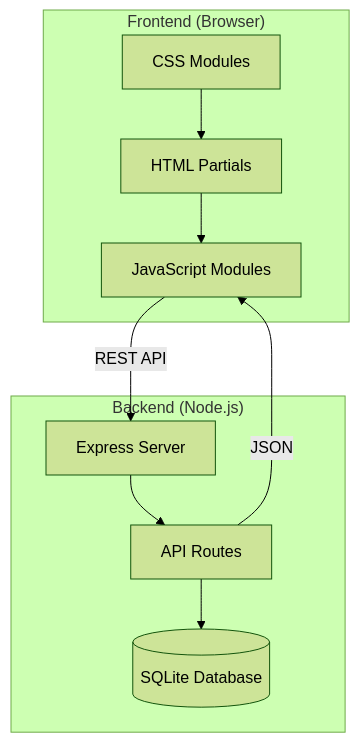
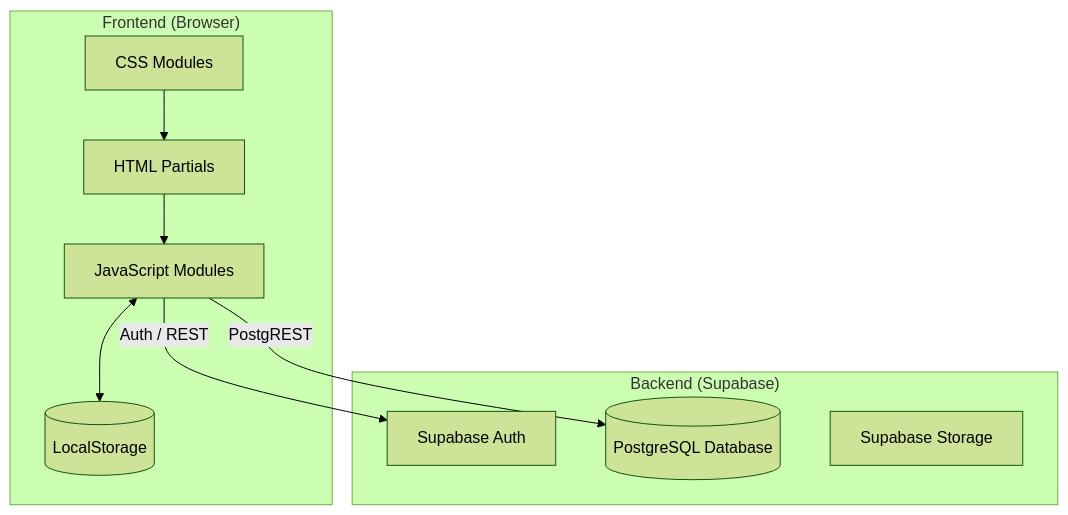
The diagram in openspec/proposal.md (StanislavTarasiuk/SHOP), drawn with Mermaid (forest theme) before and after one commit. The commit also changed other lines of this file and 5 other files, not shown here.

````diff
--- a/openspec/proposal.md
+++ b/openspec/proposal.md
@@ -9,21 +9,21 @@
 ```mermaid
 graph TB
     subgraph Frontend["Frontend (Browser)"]
         HTML[HTML Partials]
         CSS[CSS Modules]
         JS[JavaScript Modules]
+        LS[(LocalStorage)]
     end
     
-    subgraph Backend["Backend (Node.js)"]
-        Express[Express Server]
-        Routes[API Routes]
-        DB[(SQLite Database)]
+    subgraph Backend["Backend (Supabase)"]
+        Auth[Supabase Auth]
+        DB[(PostgreSQL Database)]
+        Storage[Supabase Storage]
     end
     
     HTML --> JS
     CSS --> HTML
-    JS -->|REST API| Express
-    Express --> Routes
-    Routes --> DB
-    Routes -->|JSON| JS
+    JS -->|Auth / REST| Auth
+    JS -->|PostgREST| DB
+    JS <--> LS
 ```
````
